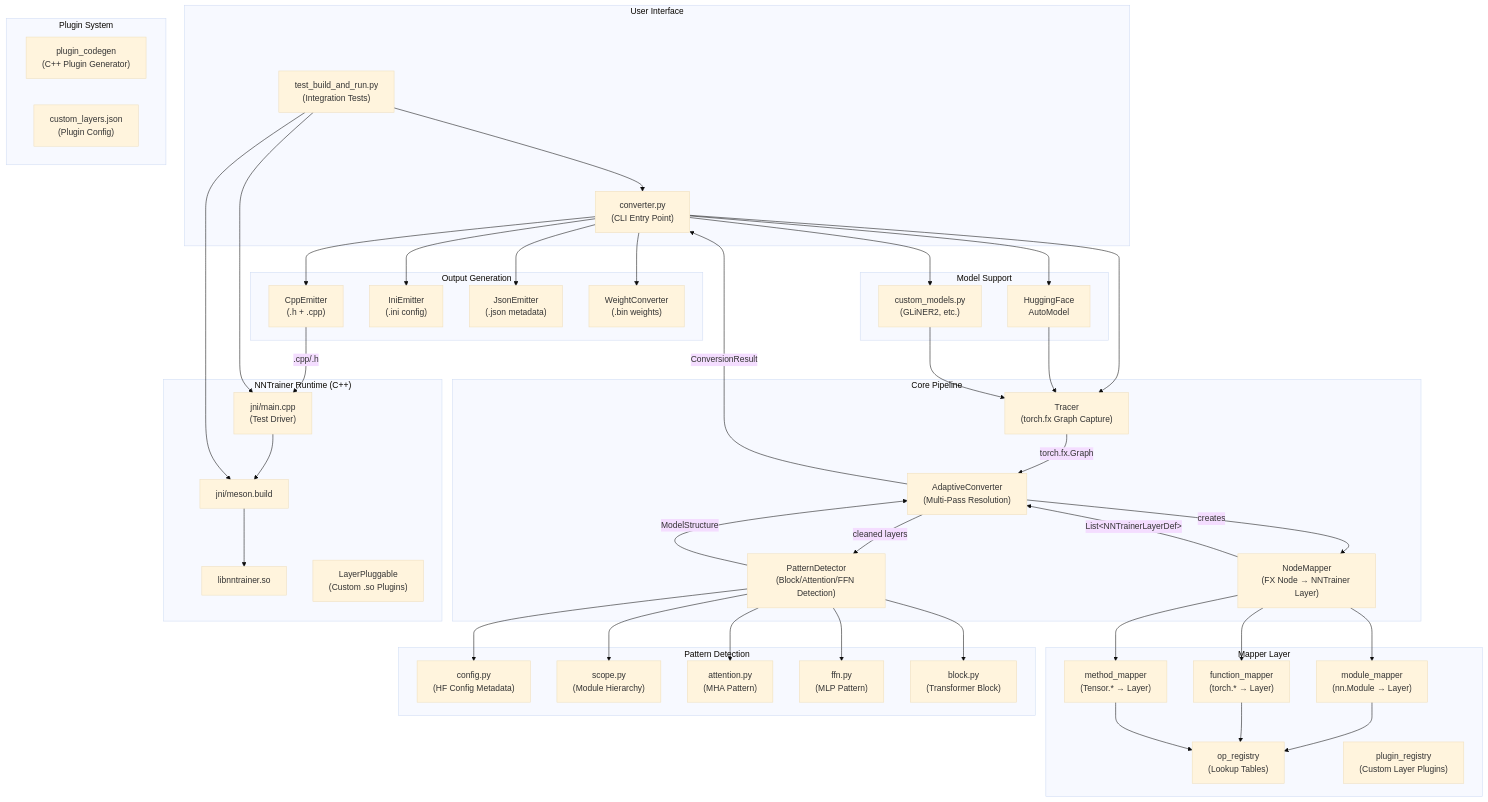
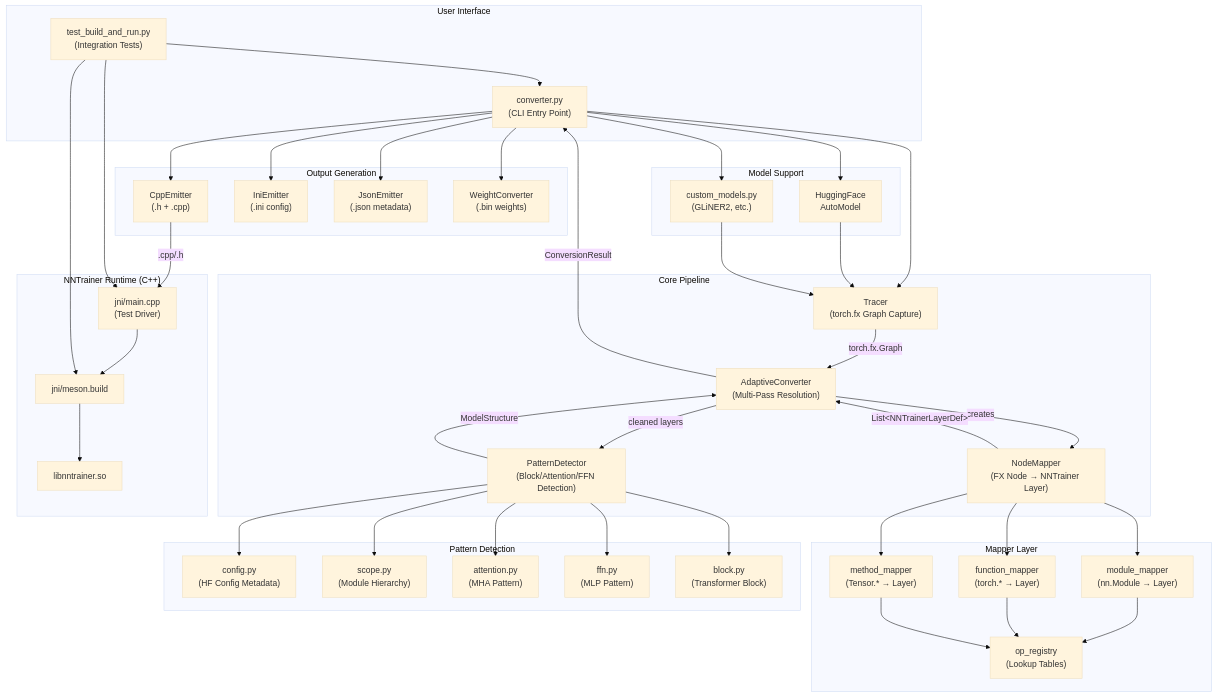
Before and after one commit to Seunghui98/nntrainer: the first of 6 diagrams in Applications/TorchFXConverter/ARCHITECTURE.md, drawn with Mermaid (base theme). The commit also changed other lines of this file, not shown here.

First line of the commit message:
Add architecture diagrams for TorchFXConverter

```diff
--- a/Applications/TorchFXConverter/ARCHITECTURE.md
+++ b/Applications/TorchFXConverter/ARCHITECTURE.md
@@ -21,7 +21,6 @@
         FunctionMapper["function_mapper<br/>(torch.* → Layer)"]
         MethodMapper["method_mapper<br/>(Tensor.* → Layer)"]
         OpRegistry["op_registry<br/>(Lookup Tables)"]
-        PluginRegistry["plugin_registry<br/>(Custom Layer Plugins)"]
     end
 
     subgraph "Pattern Detection"
@@ -44,16 +43,10 @@
         CustomLoaders["custom_models.py<br/>(GLiNER2, etc.)"]
     end
 
-    subgraph "Plugin System"
-        PluginCodegen["plugin_codegen<br/>(C++ Plugin Generator)"]
-        PluginConfig["custom_layers.json<br/>(Plugin Config)"]
-    end
-
     subgraph "NNTrainer Runtime (C++)"
         NNTrainerLib["libnntrainer.so"]
         JNI["jni/main.cpp<br/>(Test Driver)"]
         MesonBuild["jni/meson.build"]
-        LayerPluggable["LayerPluggable<br/>(Custom .so Plugins)"]
     end
 
     CLI --> Tracer
```
